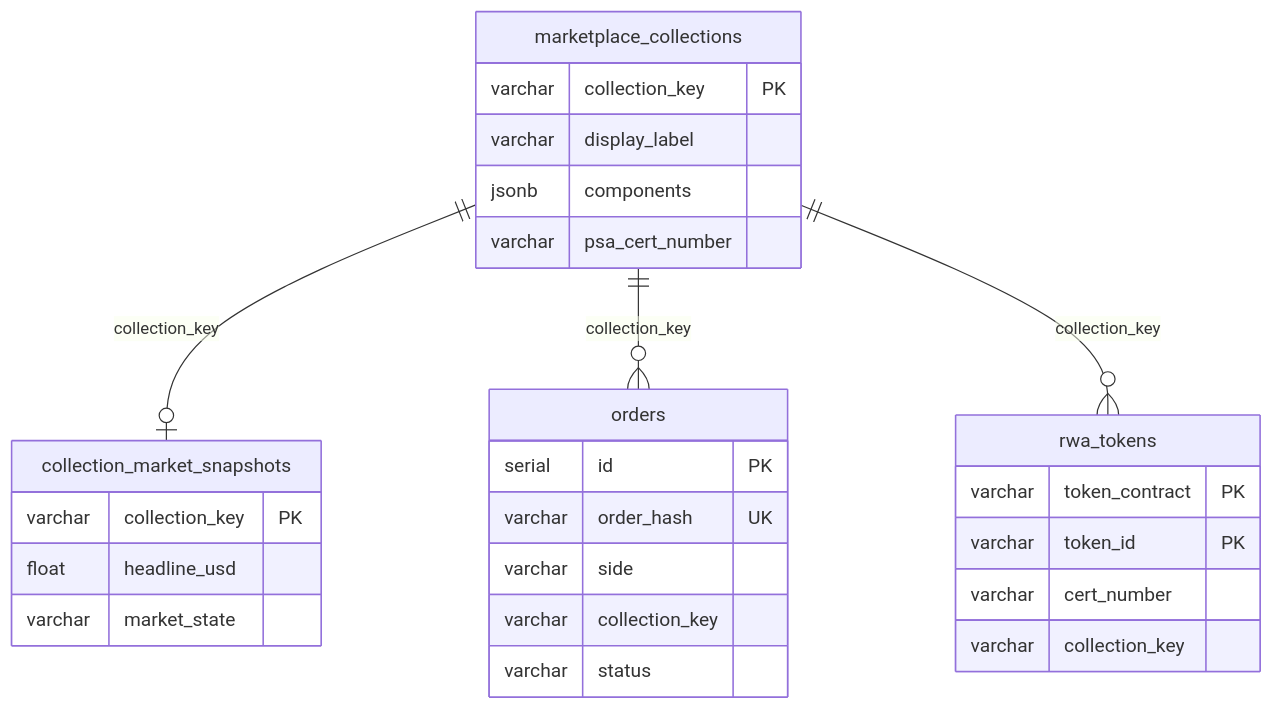
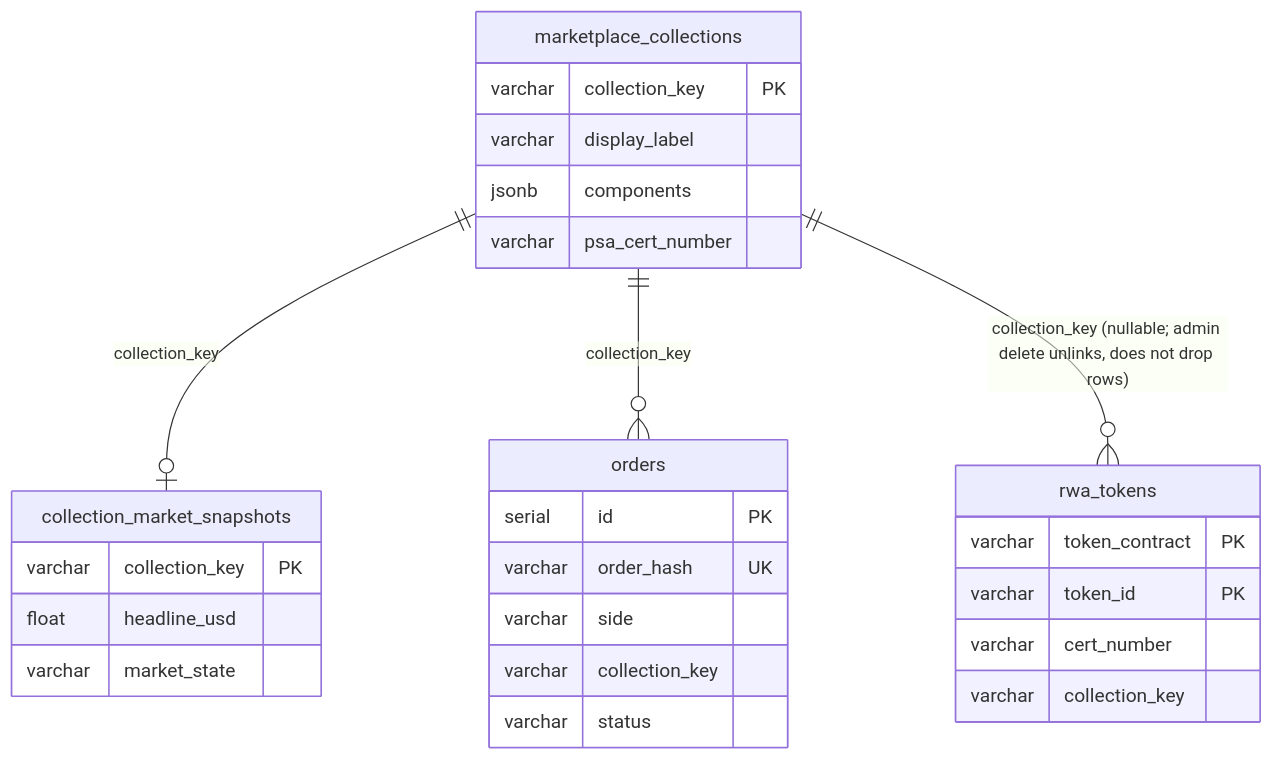
The second of 2 diagrams in docs/architecture/database.md (tokenable-dev/tokenable-dev), drawn with Mermaid before and after one commit. The commit also changed 84 other files, not shown here.

````diff
--- a/docs/architecture/database.md
+++ b/docs/architecture/database.md
@@ -165,30 +165,30 @@
 ```mermaid
 erDiagram
     marketplace_collections {
         varchar collection_key PK
         varchar display_label
         jsonb components
         varchar psa_cert_number
     }
     collection_market_snapshots {
         varchar collection_key PK
         float headline_usd
         varchar market_state
     }
     rwa_tokens {
         varchar token_contract PK
         varchar token_id PK
         varchar cert_number
         varchar collection_key
     }
     orders {
         serial id PK
         varchar order_hash UK
         varchar side
         varchar collection_key
         varchar status
     }
     marketplace_collections ||--o| collection_market_snapshots : "collection_key"
     marketplace_collections ||--o{ orders : "collection_key"
-    marketplace_collections ||--o{ rwa_tokens : "collection_key"
+    marketplace_collections ||--o{ rwa_tokens : "collection_key (nullable; admin delete unlinks, does not drop rows)"
 ```
````
